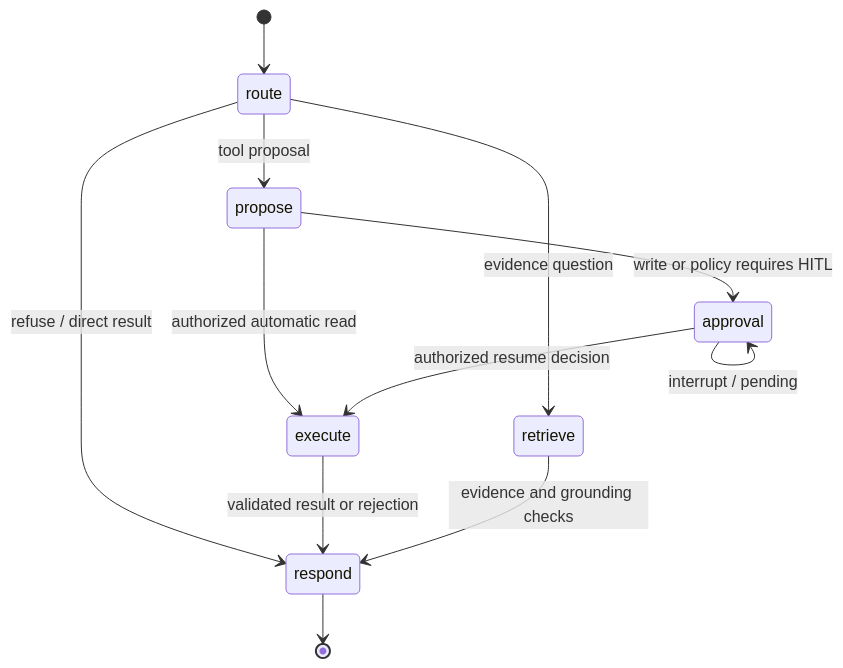
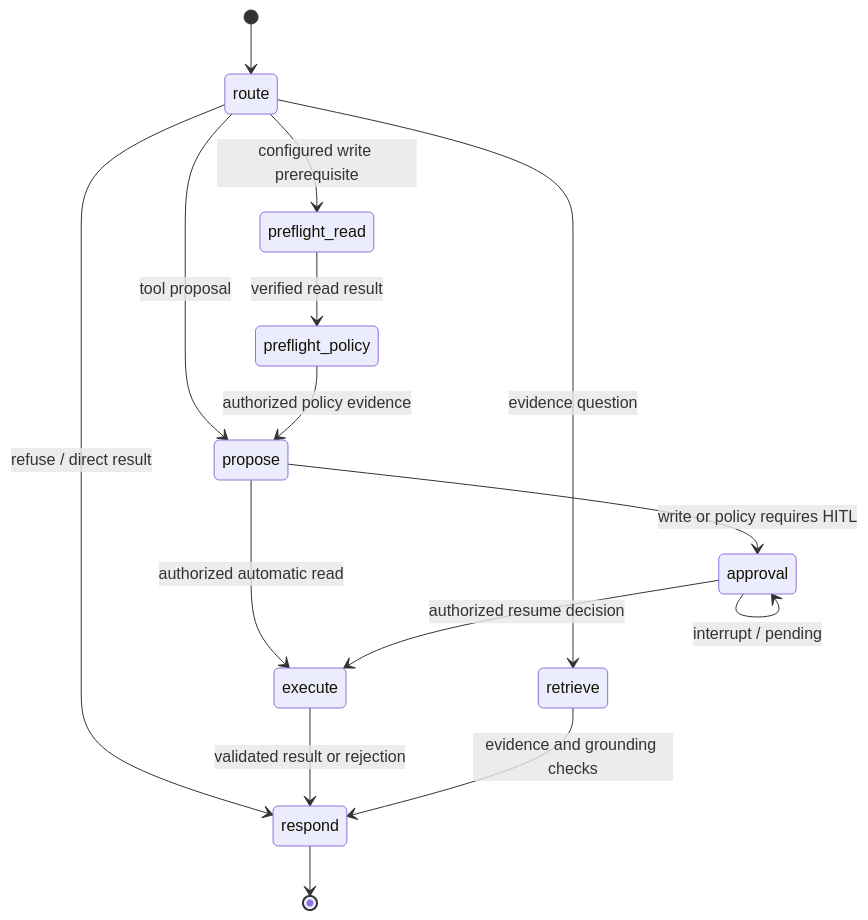
The first of 3 diagrams in docs/architecture.md (jason4166/omniagent-studio), drawn with Mermaid before and after one commit. The commit also changed other lines of this file and 77 other files, not shown here.

````diff
--- a/docs/architecture.md
+++ b/docs/architecture.md
@@ -7,14 +7,17 @@
 ```mermaid
 stateDiagram-v2
   [*] --> route
   route --> retrieve: evidence question
   route --> propose: tool proposal
+  route --> preflight_read: configured write prerequisite
+  preflight_read --> preflight_policy: verified read result
+  preflight_policy --> propose: authorized policy evidence
   route --> respond: refuse / direct result
   propose --> approval: write or policy requires HITL
   propose --> execute: authorized automatic read
   approval --> approval: interrupt / pending
   approval --> execute: authorized resume decision
   execute --> respond: validated result or rejection
   retrieve --> respond: evidence and grounding checks
   respond --> [*]
 ```
````
